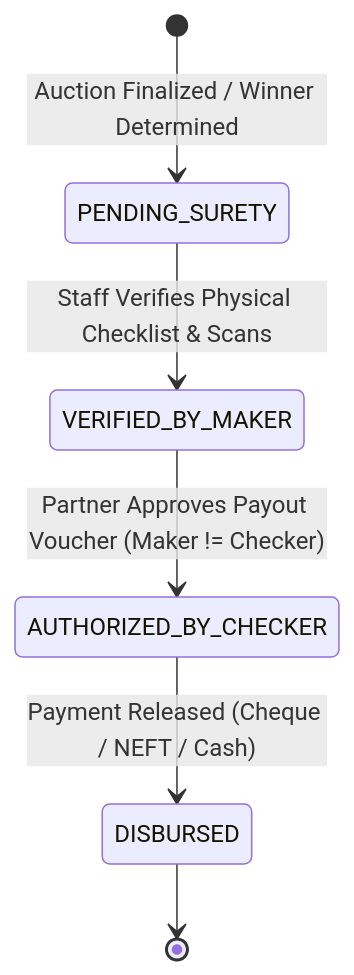
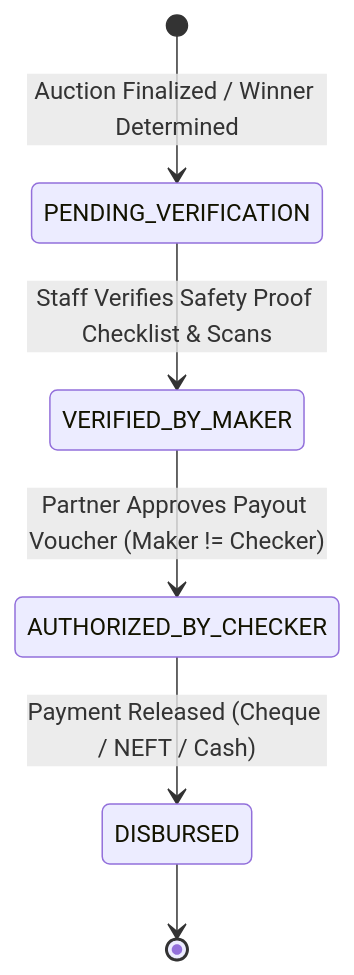
One commit to Kathir-24/Kumaran-finance changed the third of 5 diagrams in docs/03-architecture/state-machines.md. Above: the diagram before and after it, drawn with Mermaid. The commit also changed other lines of this file and 16 other files, not shown here.

Commit message:
docs: align architectural rules across all specs with ADR-06 (fixed 1/4 ceiling), ADR-07 (single payment), and ADR-15 (safety proof)

````diff
--- a/docs/03-architecture/state-machines.md
+++ b/docs/03-architecture/state-machines.md
@@ -68,8 +68,8 @@
 ```mermaid
 stateDiagram-v2
-    [*] --> PENDING_SURETY : Auction Finalized / Winner Determined
-    PENDING_SURETY --> VERIFIED_BY_MAKER : Staff Verifies Physical Checklist & Scans
+    [*] --> PENDING_VERIFICATION : Auction Finalized / Winner Determined
+    PENDING_VERIFICATION --> VERIFIED_BY_MAKER : Staff Verifies Safety Proof Checklist & Scans
     VERIFIED_BY_MAKER --> AUTHORIZED_BY_CHECKER : Partner Approves Payout Voucher (Maker != Checker)
     AUTHORIZED_BY_CHECKER --> DISBURSED : Payment Released (Cheque / NEFT / Cash)
     DISBURSED --> [*]
 ```
````
